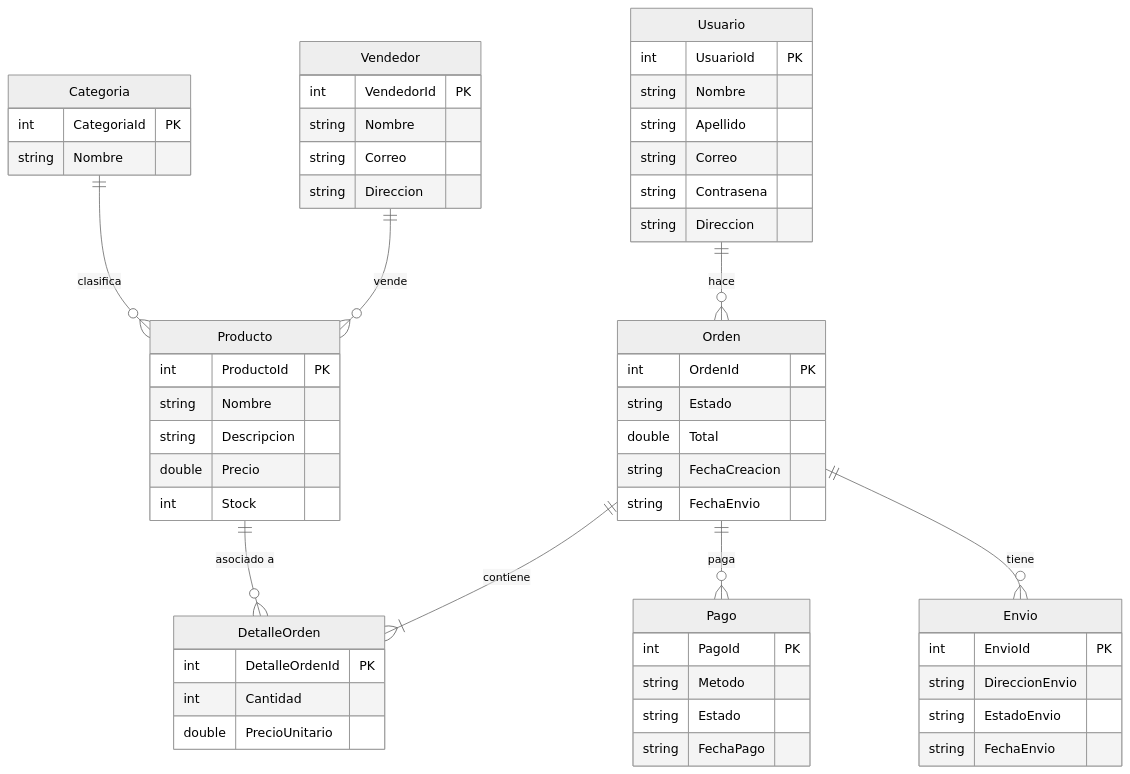
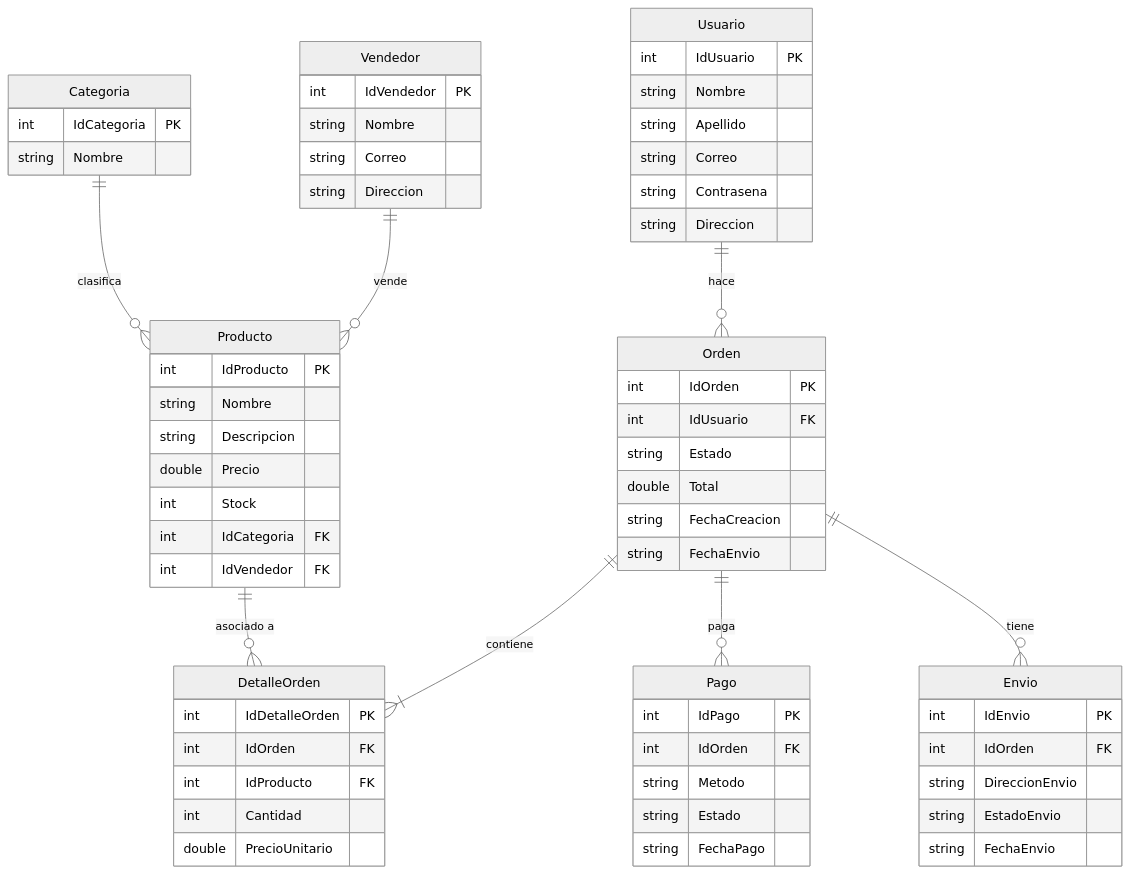
One commit to miguel2433/Olimpiadas changed the first of 2 diagrams in E-Commerce/README.md. Above: the diagram before and after it, drawn with Mermaid (neutral theme). The commit also changed other lines of this file and 1 other file, not shown here.

Commit message:
updete diagrama

````diff
--- a/E-Commerce/README.md
+++ b/E-Commerce/README.md
@@ -3,69 +3,76 @@
 ```mermaid
 
 erDiagram
     Usuario {
-        int UsuarioId PK
+        int IdUsuario PK
         string Nombre
         string Apellido
         string Correo
         string Contrasena
         string Direccion
     }
 
-    Producto {
-        int ProductoId PK
-        string Nombre
-        string Descripcion
-        double Precio
-        int Stock
-    }
-
     Categoria {
-        int CategoriaId PK
+        int IdCategoria PK
         string Nombre
     }
 
     Vendedor {
-        int VendedorId PK
+        int IdVendedor PK
         string Nombre
         string Correo
         string Direccion
     }
 
+    Producto {
+        int IdProducto PK
+        string Nombre
+        string Descripcion
+        double Precio
+        int Stock
+        int IdCategoria FK
+        int IdVendedor FK
+    }
+
     Orden {
-        int OrdenId PK
+        int IdOrden PK
+        int IdUsuario FK
         string Estado
         double Total
         string FechaCreacion
         string FechaEnvio
     }
 
     DetalleOrden {
-        int DetalleOrdenId PK
+        int IdDetalleOrden PK
+        int IdOrden FK
+        int IdProducto FK
         int Cantidad
         double PrecioUnitario
     }
 
     Pago {
-        int PagoId PK
+        int IdPago PK
+        int IdOrden FK
         string Metodo
         string Estado
         string FechaPago
     }
 
     Envio {
-        int EnvioId PK
+        int IdEnvio PK
+        int IdOrden FK
         string DireccionEnvio
         string EstadoEnvio
         string FechaEnvio
     }
 
     Usuario ||--o{ Orden : "hace"
     Orden ||--|{ DetalleOrden : "contiene"
     Producto ||--o{ DetalleOrden : "asociado a"
     Categoria ||--o{ Producto : "clasifica"
     Vendedor ||--o{ Producto : "vende"
     Orden ||--o{ Pago : "paga"
     Orden ||--o{ Envio : "tiene"
 
 ```
````
